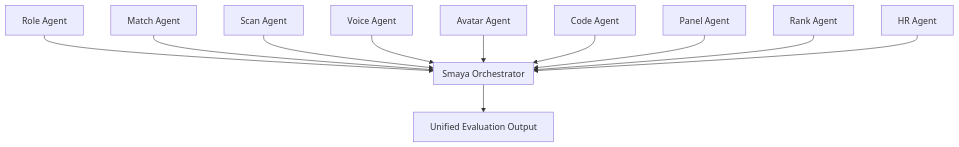
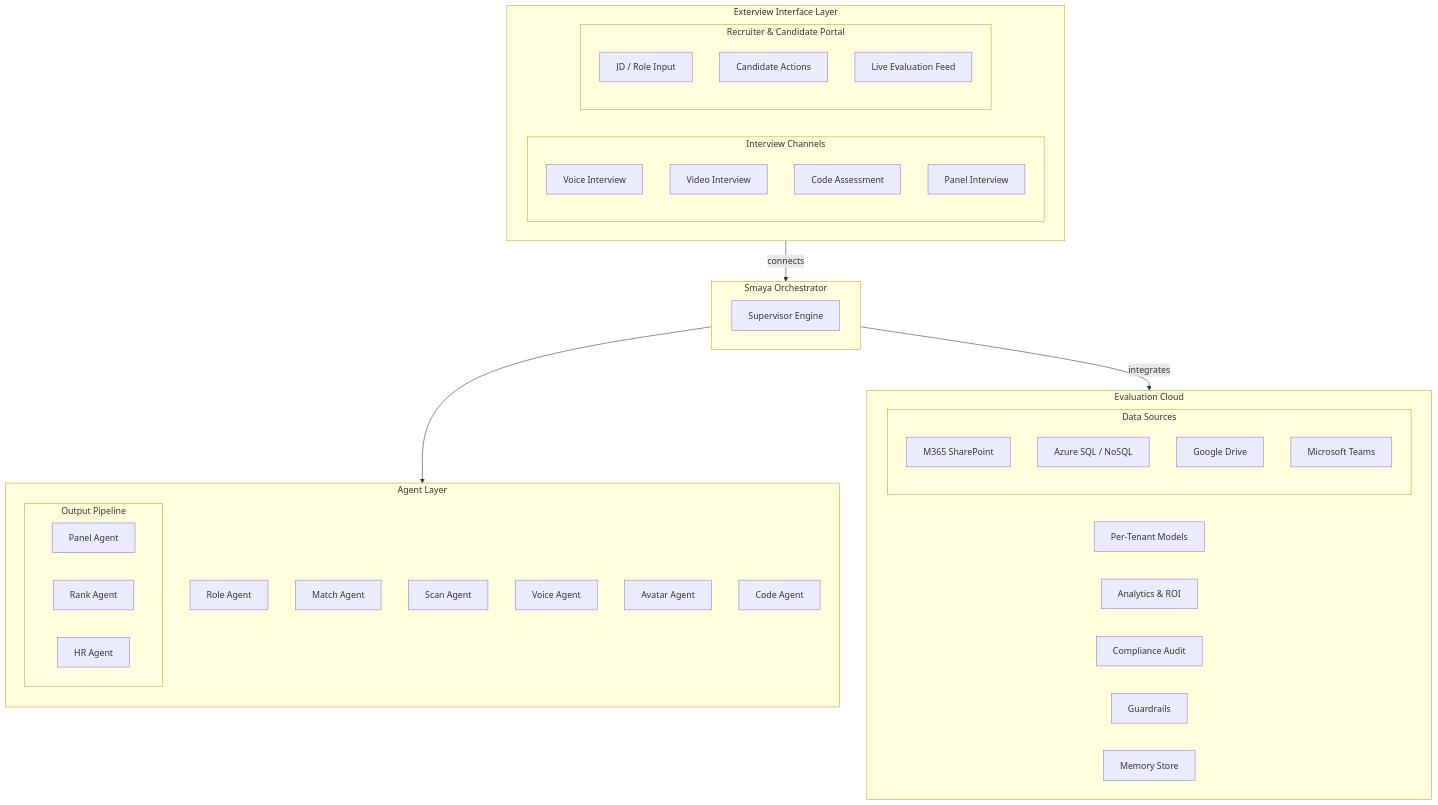
The diagram in concepts/platform-architecture.mdx (AdminDev12/mintlify-docs), drawn with Mermaid before and after one commit. The commit also changed other lines of this file and 33 other files, not shown here.

First line of the commit message:
Update branding, Mermaid diagrams, and content formatting

````diff
--- a/concepts/platform-architecture.mdx
+++ b/concepts/platform-architecture.mdx
@@ -14,16 +14,56 @@
 ```mermaid
 graph TB
+    subgraph Interface["Exterview Interface Layer"]
+        direction LR
+        subgraph InterviewChannels["Interview Channels"]
+            VoiceUI["Voice Interview"]
+            VideoUI["Video Interview"]
+            CodeUI["Code Assessment"]
+            PanelUI["Panel Interview"]
+        end
+        subgraph RecruiterPortal["Recruiter & Candidate Portal"]
+            JDInput["JD / Role Input"]
+            CandActions["Candidate Actions"]
+            LiveFeed["Live Evaluation Feed"]
+        end
+    end
+
+    Interface -->|connects| Smaya
+
     subgraph Smaya["Smaya Orchestrator"]
+        SuperEngine["Supervisor Engine"]
+    end
+
+    Smaya --> AgentLayer
+    Smaya -->|integrates| EvalCloud
+
+    subgraph AgentLayer["Agent Layer"]
         direction TB
+        Role["Role Agent"]
+        Match["Match Agent"]
+        Scan["Scan Agent"]
+        Voice["Voice Agent"]
+        Avatar["Avatar Agent"]
+        CodeA["Code Agent"]
+        subgraph OutputPipeline["Output Pipeline"]
+            Panel["Panel Agent"]
+            Rank["Rank Agent"]
+            HR["HR Agent"]
+        end
     end
-    Role["Role Agent"] --> Smaya
-    Match["Match Agent"] --> Smaya
-    Scan["Scan Agent"] --> Smaya
-    Voice["Voice Agent"] --> Smaya
-    Avatar["Avatar Agent"] --> Smaya
-    Code["Code Agent"] --> Smaya
-    Panel["Panel Agent"] --> Smaya
-    Rank["Rank Agent"] --> Smaya
-    HR["HR Agent"] --> Smaya
-    Smaya --> Output["Unified Evaluation Output"]
+
+    subgraph EvalCloud["Evaluation Cloud"]
+        direction LR
+        subgraph DataSources["Data Sources"]
+            M365["M365 SharePoint"]
+            AzureDB["Azure SQL / NoSQL"]
+            GDrive["Google Drive"]
+            Teams["Microsoft Teams"]
+        end
+        TenantModel["Per-Tenant Models"]
+        Analytics["Analytics & ROI"]
+        Compliance["Compliance Audit"]
+        Guardrails["Guardrails"]
+        Memory["Memory Store"]
+    end
 ```
````
